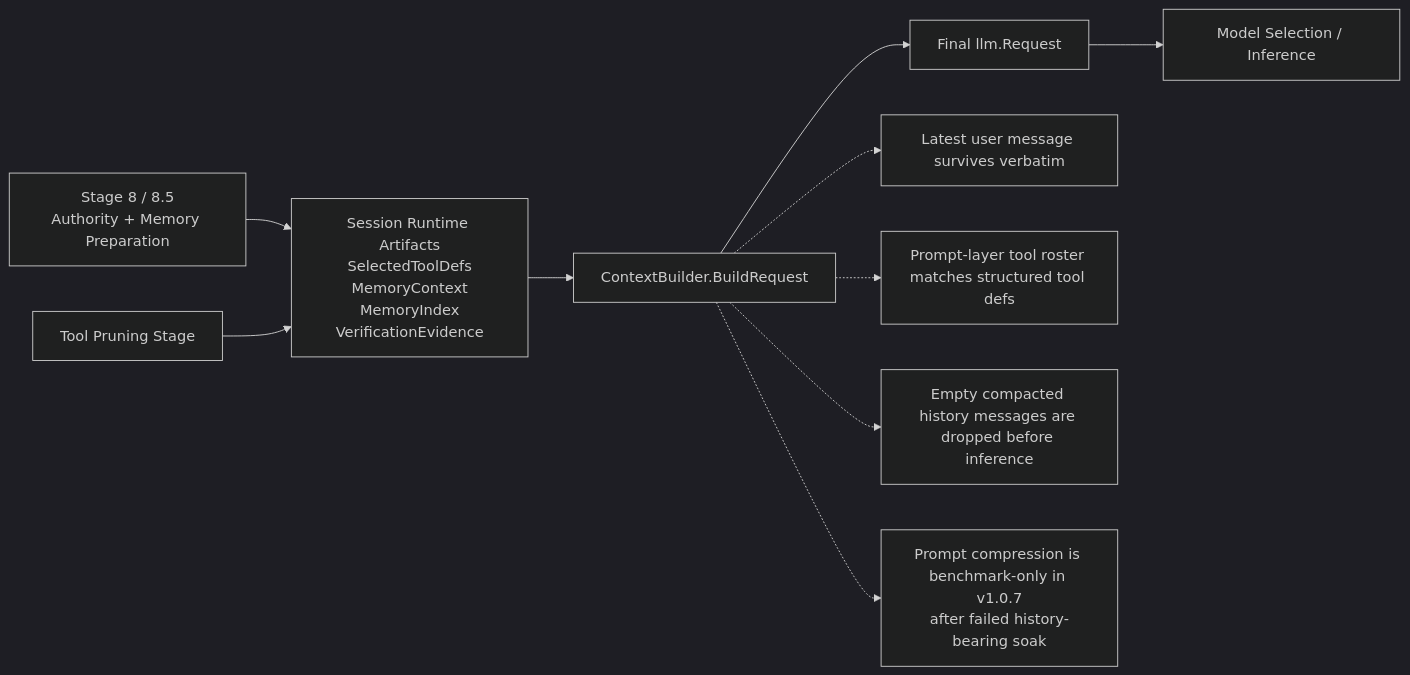
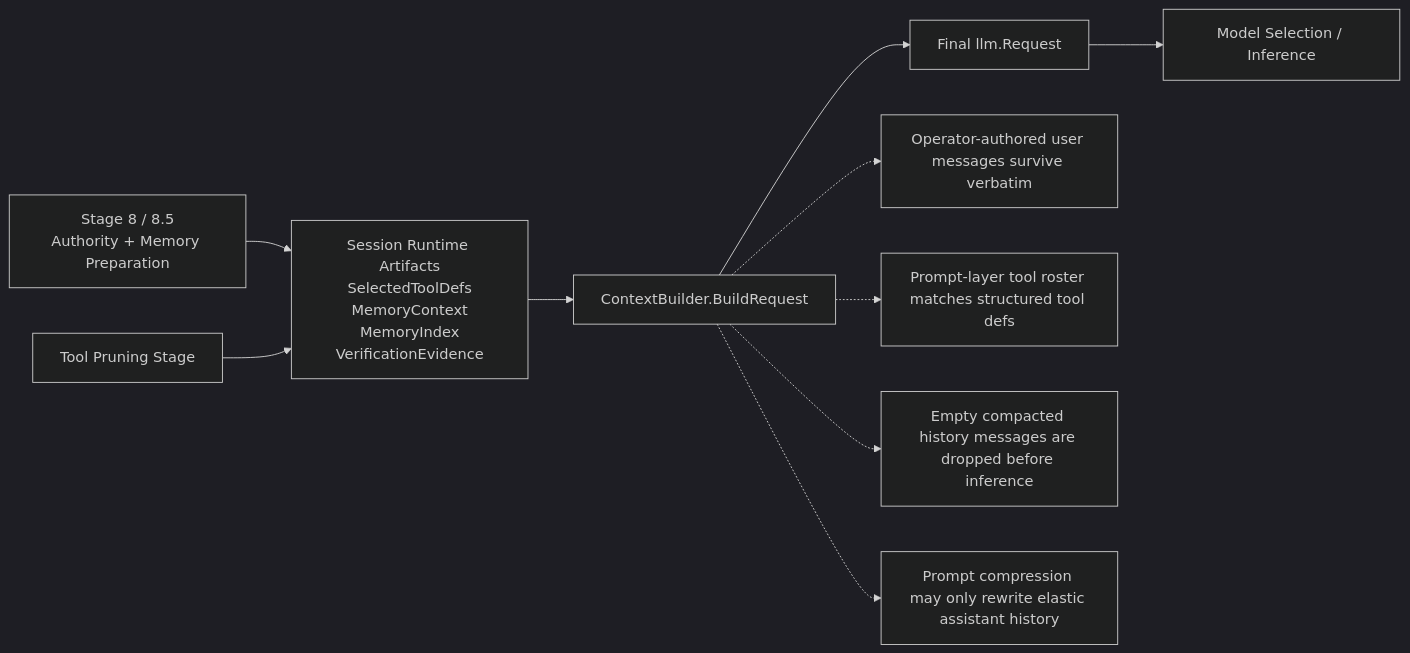
Diagram 18 of 32 in docs/architecture-rules-diagrams.md (robot-accomplice/roboticus), drawn with Mermaid (dark theme) before and after one commit. The commit also changed other lines of this file and 5 other files, not shown here.

Commit message:
Preserve user history during prompt compression

````diff
--- a/docs/architecture-rules-diagrams.md
+++ b/docs/architecture-rules-diagrams.md
@@ -1546,23 +1546,23 @@
 ```mermaid
 flowchart LR
     stage8["Stage 8 / 8.5\nAuthority + Memory Preparation"]
     prune["Tool Pruning Stage"]
     session["Session Runtime Artifacts\nSelectedToolDefs\nMemoryContext\nMemoryIndex\nVerificationEvidence"]
     builder["ContextBuilder.BuildRequest"]
     request["Final llm.Request"]
     router["Model Selection / Inference"]
 
     stage8 --> session
     prune --> session
     session --> builder --> request --> router
 
-    note1["Latest user message survives verbatim"]
+    note1["Operator-authored user messages survive verbatim"]
     note2["Prompt-layer tool roster matches structured tool defs"]
     note3["Empty compacted history messages are dropped before inference"]
-    note4["Prompt compression is benchmark-only in v1.0.7\nafter failed history-bearing soak"]
+    note4["Prompt compression may only rewrite elastic assistant history"]
 
     builder -.-> note1
     builder -.-> note2
     builder -.-> note3
     builder -.-> note4
 ```
````
